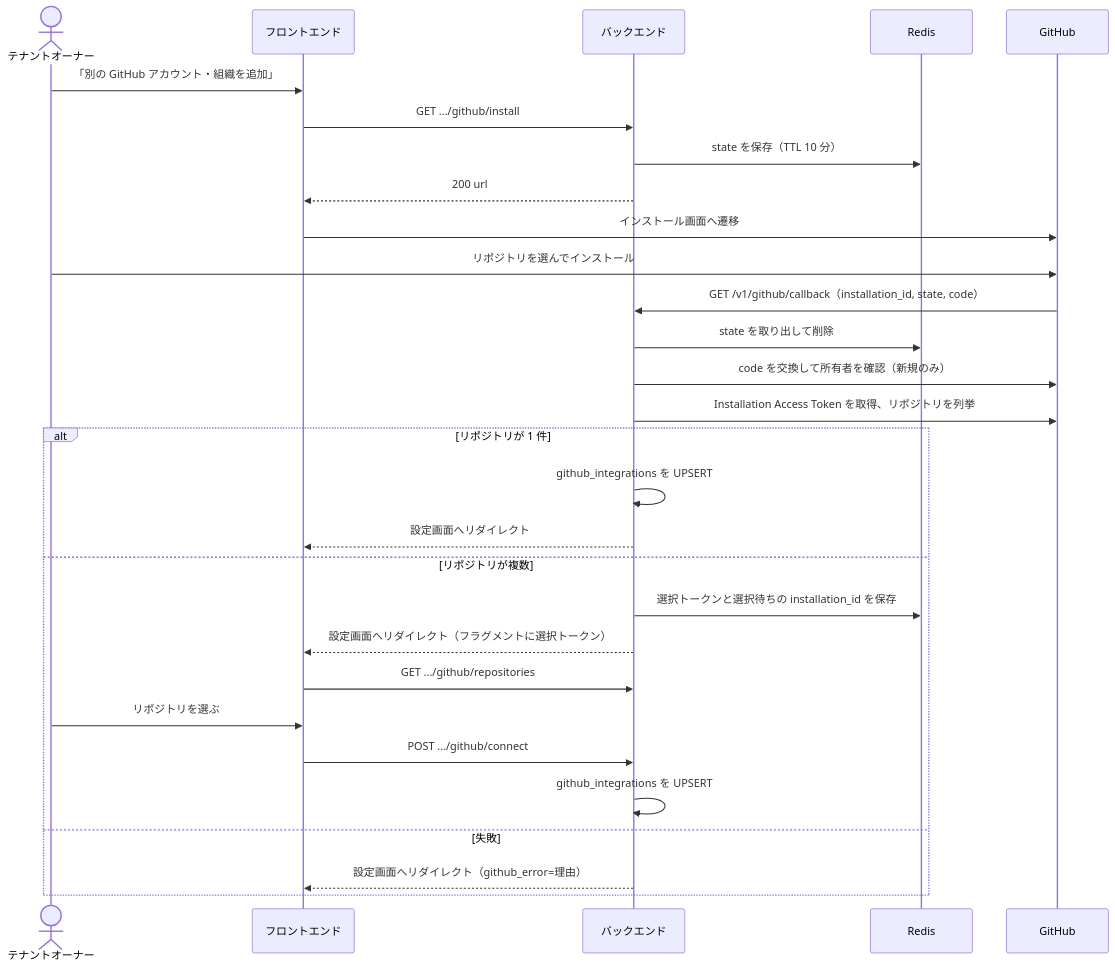
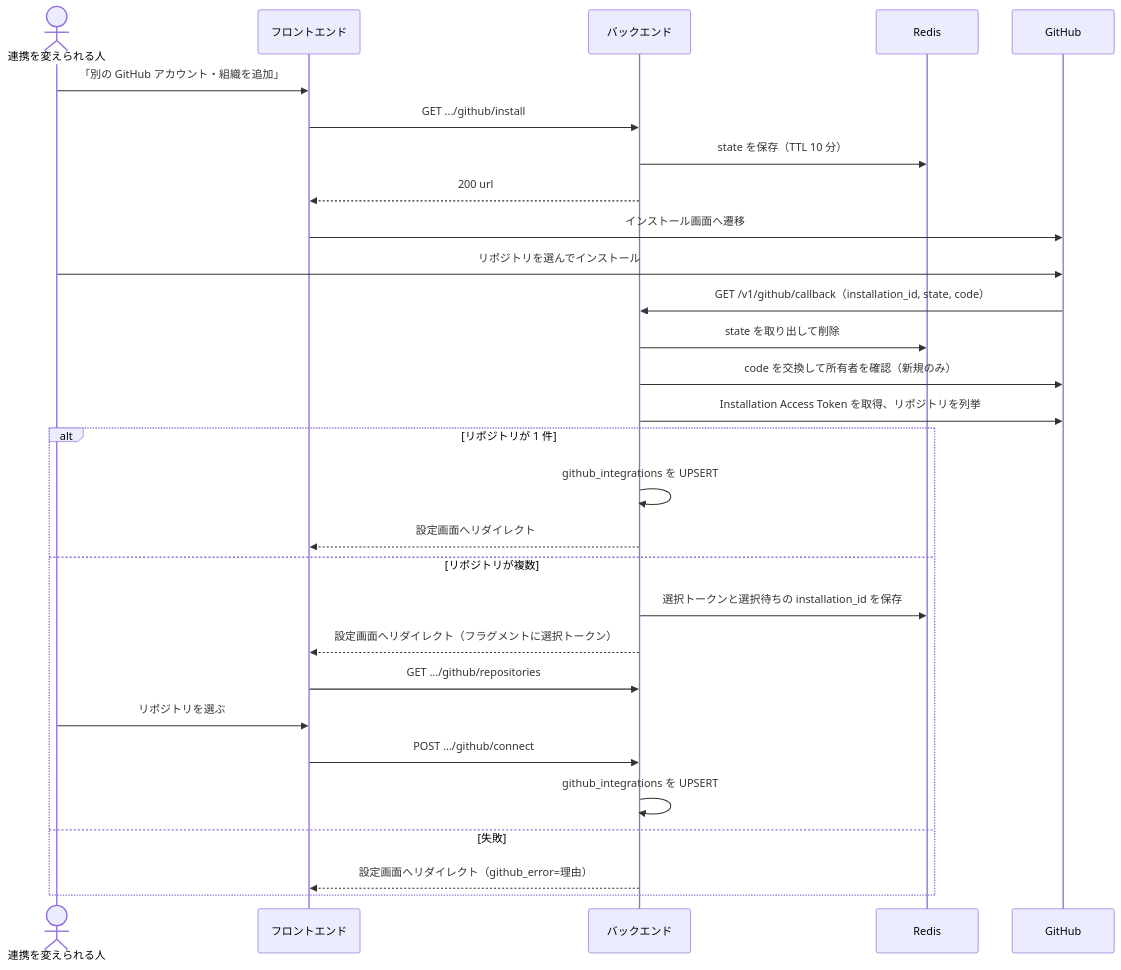
Before and after one commit to koyori-app/task: the diagram in docs/dev/features/tasks/9.github-app.md, drawn with Mermaid. The commit also changed other lines of this file and 4 other files, not shown here.

````diff
--- a/docs/dev/features/tasks/9.github-app.md
+++ b/docs/dev/features/tasks/9.github-app.md
@@ -21,31 +21,31 @@
 ```mermaid
 sequenceDiagram
-    actor U as テナントオーナー
+    actor U as 連携を変えられる人
     participant F as フロントエンド
     participant B as バックエンド
     participant R as Redis
     participant G as GitHub
     U->>F: 「別の GitHub アカウント・組織を追加」
     F->>B: GET .../github/install
     B->>R: state を保存（TTL 10 分）
     B-->>F: 200 url
     F->>G: インストール画面へ遷移
     U->>G: リポジトリを選んでインストール
     G->>B: GET /v1/github/callback（installation_id, state, code）
     B->>R: state を取り出して削除
     B->>G: code を交換して所有者を確認（新規のみ）
     B->>G: Installation Access Token を取得、リポジトリを列挙
     alt リポジトリが 1 件
         B->>B: github_integrations を UPSERT
         B-->>F: 設定画面へリダイレクト
     else リポジトリが複数
         B->>R: 選択トークンと選択待ちの installation_id を保存
         B-->>F: 設定画面へリダイレクト（フラグメントに選択トークン）
         F->>B: GET .../github/repositories
         U->>F: リポジトリを選ぶ
         F->>B: POST .../github/connect
         B->>B: github_integrations を UPSERT
     else 失敗
         B-->>F: 設定画面へリダイレクト（github_error=理由）
     end
 ```
````
